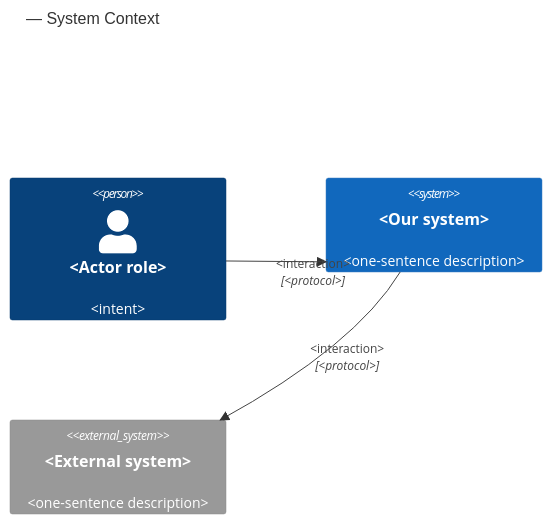
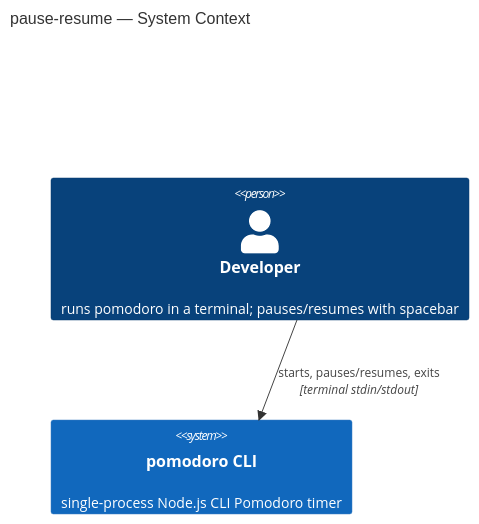
One commit to yanvit/cli-pomodoro-tool changed the first of 4 diagrams in docs/features/pause-resume/sad.md. Above: the diagram before and after it, drawn with Mermaid. The commit also changed other lines of this file and 1 other file, not shown here.

First line of the commit message:
design: pause-resume sad.md (quick route, easy depth)

````diff
--- a/docs/features/pause-resume/sad.md
+++ b/docs/features/pause-resume/sad.md
@@ -92,11 +71,10 @@
 ```mermaid
 C4Context
-    title <feature> — System Context
+    title pause-resume — System Context
 
-    Person(actor, "<Actor role>", "<intent>")
-    System(app, "<Our system>", "<one-sentence description>")
-    System_Ext(ext, "<External system>", "<one-sentence description>")
+    Person(developer, "Developer", "runs pomodoro in a terminal; pauses/resumes with spacebar")
 
-    Rel(actor, app, "<interaction>", "<protocol>")
-    Rel(app, ext, "<interaction>", "<protocol>")
+    System(app, "pomodoro CLI", "single-process Node.js CLI Pomodoro timer")
+
+    Rel(developer, app, "starts, pauses/resumes, exits", "terminal stdin/stdout")
 ```
````
